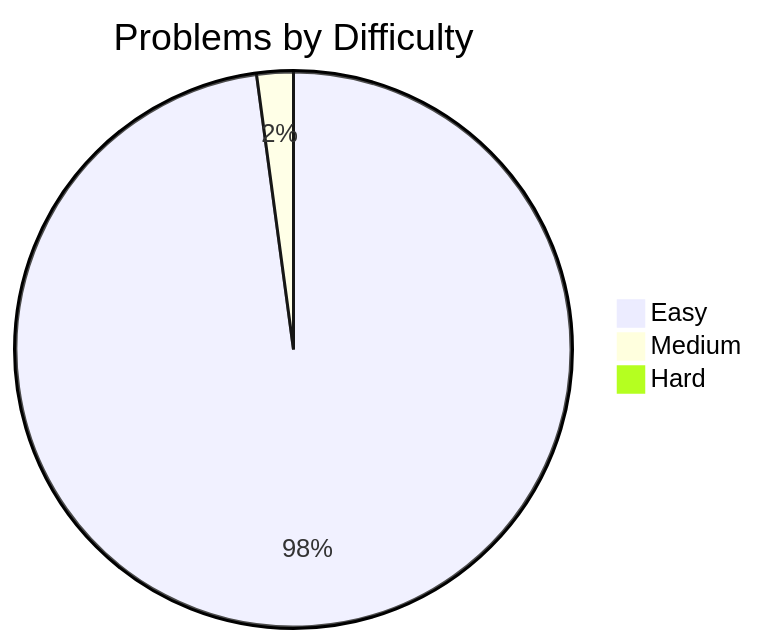
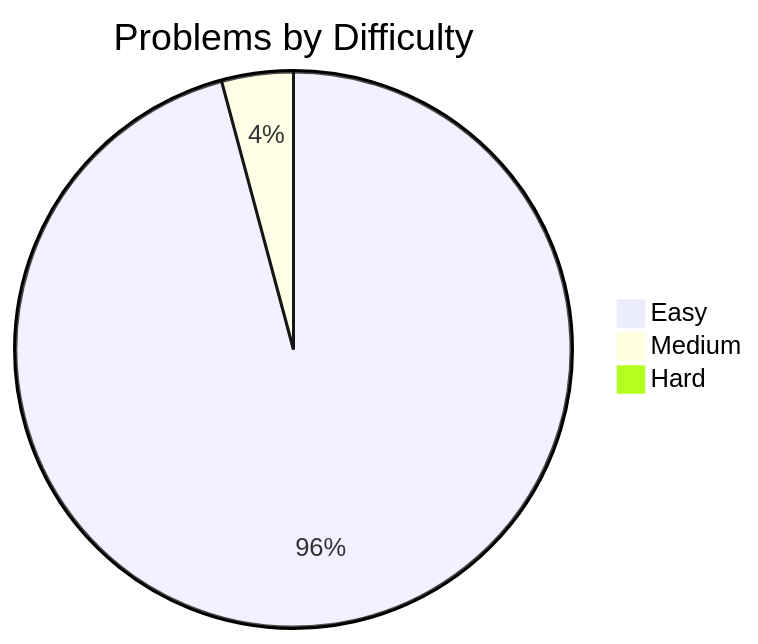
One commit to davelin18yufan/leetcode-journal changed the diagram in README.md. Above: the diagram before and after it, drawn with Mermaid. The commit also changed other lines of this file and 6 other files, not shown here.

````diff
--- a/README.md
+++ b/README.md
@@ -7,7 +7,7 @@
 ```mermaid
 pie
     title Problems by Difficulty
     "Easy" : 46
-    "Medium" : 1
+    "Medium" : 2
     "Hard" : 0
 ```
````
